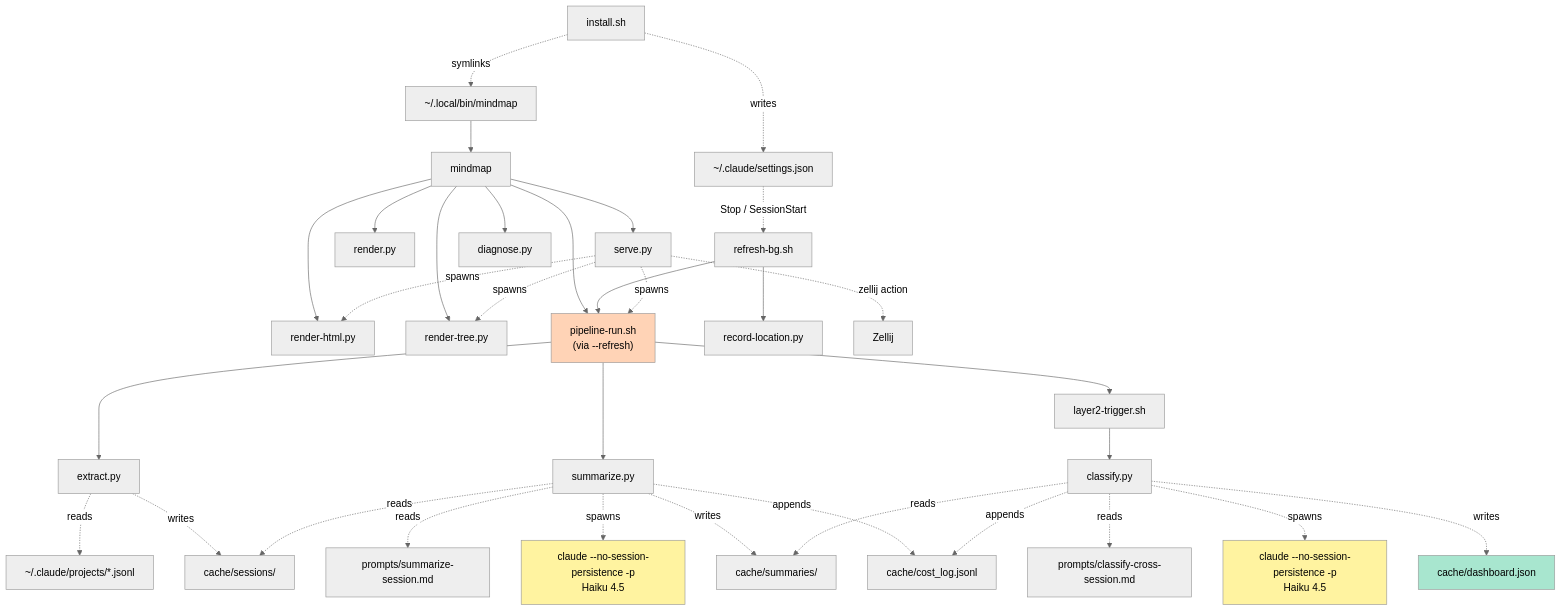
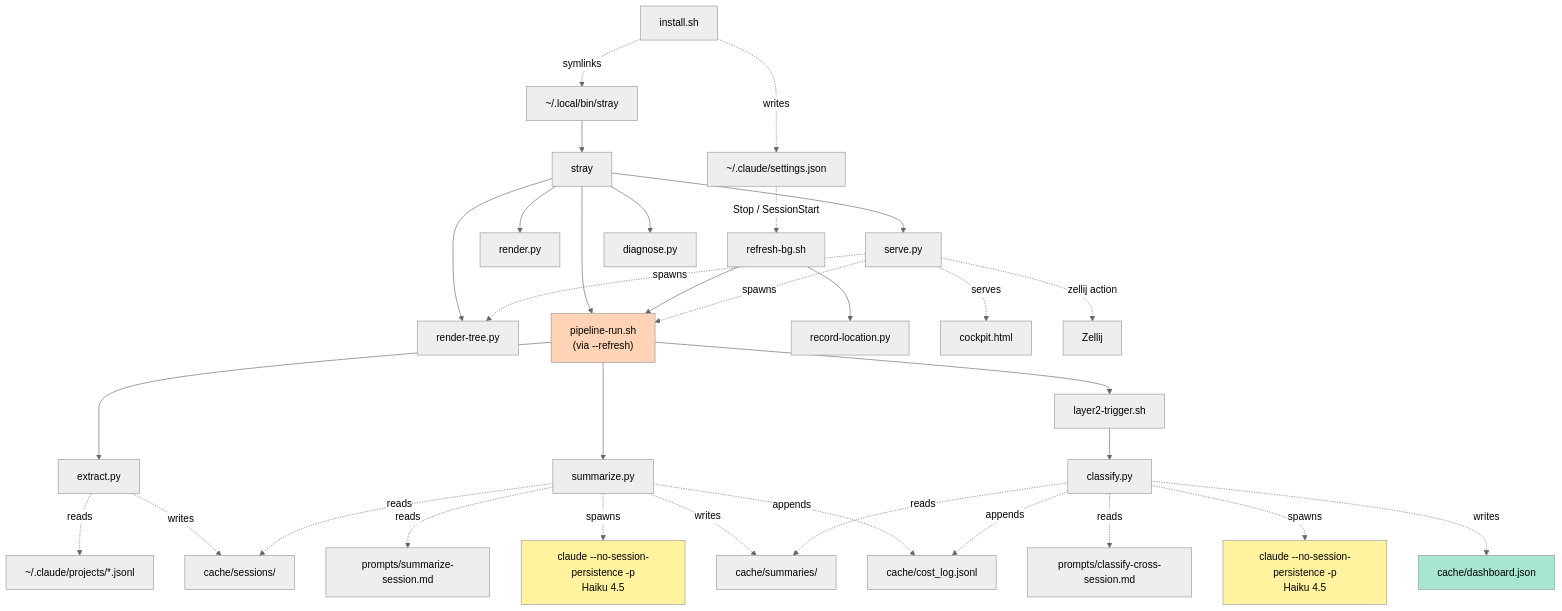
One commit to Icesource/claude-stray changed the second of 8 diagrams in docs/ARCHITECTURE.md. Above: the diagram before and after it, drawn with Mermaid (neutral theme). The commit also changed other lines of this file and 3 other files, not shown here.

First line of the commit message:
docs: 文档还债——PLAN 迁历史、ARCHITECTURE/ROADMAP 对齐现状

````diff
--- a/docs/ARCHITECTURE.md
+++ b/docs/ARCHITECTURE.md
@@ -147,48 +161,47 @@
 ```mermaid
 graph TD
     install["install.sh"] -.->|writes| set["~/.claude/settings.json"]
-    install -.->|symlinks| sym["~/.local/bin/mindmap"]
+    install -.->|symlinks| sym["~/.local/bin/stray"]
 
     set -.->|"Stop / SessionStart"| bg["refresh-bg.sh"]
-    sym --> mm["mindmap"]
+    sym --> mm["stray"]
 
     mm --> render["render.py"]
-    mm --> rh["render-html.py"]
     mm --> rt["render-tree.py"]
     mm --> srv["serve.py"]
     mm --> diag["diagnose.py"]
     mm --> prun["pipeline-run.sh<br/>(via --refresh)"]
 
     bg --> rec["record-location.py"]
     bg --> prun
 
     prun --> ext["extract.py"]
     prun --> sum["summarize.py"]
     prun --> trig["layer2-trigger.sh"]
     trig --> cls["classify.py"]
 
     sum -.->|reads| p1["prompts/summarize-session.md"]
     cls -.->|reads| p2["prompts/classify-cross-session.md"]
 
     sum -.->|spawns| claude1["claude --no-session-persistence -p<br/>Haiku 4.5"]
     cls -.->|spawns| claude2["claude --no-session-persistence -p<br/>Haiku 4.5"]
 
-    srv -.->|spawns| rh
+    srv -.->|serves| ck["cockpit.html"]
     srv -.->|spawns| rt
     srv -.->|spawns| prun
     srv -.->|"zellij action"| zj["Zellij"]
 
     ext -.->|reads| jl["~/.claude/projects/*.jsonl"]
     ext -.->|writes| sess["cache/sessions/"]
     sum -.->|reads| sess
     sum -.->|writes| sumdir["cache/summaries/"]
     cls -.->|reads| sumdir
     cls -.->|writes| mj["cache/dashboard.json"]
     sum -.->|appends| cl["cache/cost_log.jsonl"]
     cls -.->|appends| cl
 
     style mj fill:#a8e6cf,color:#000
     style claude1 fill:#fff3a0,color:#000
     style claude2 fill:#fff3a0,color:#000
     style prun fill:#ffd3b6,color:#000
 ```
````
